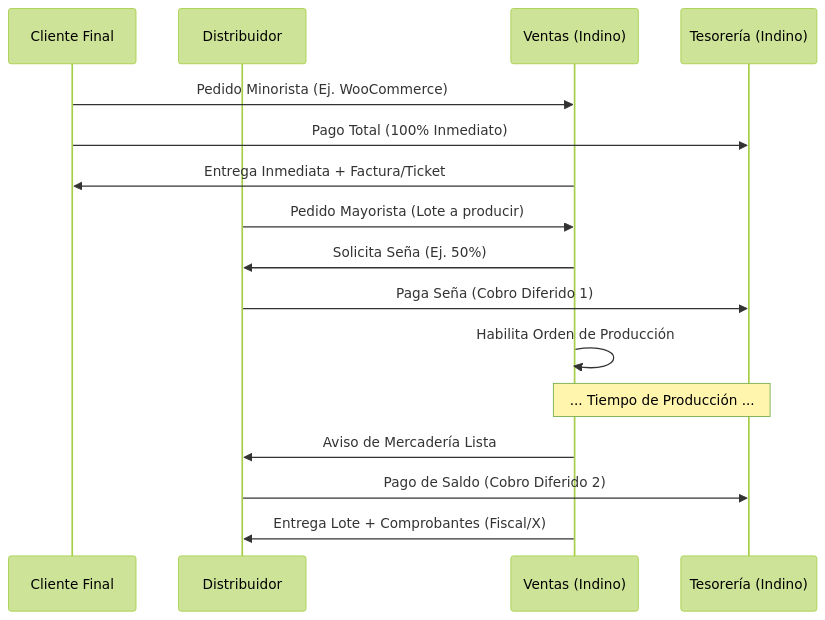
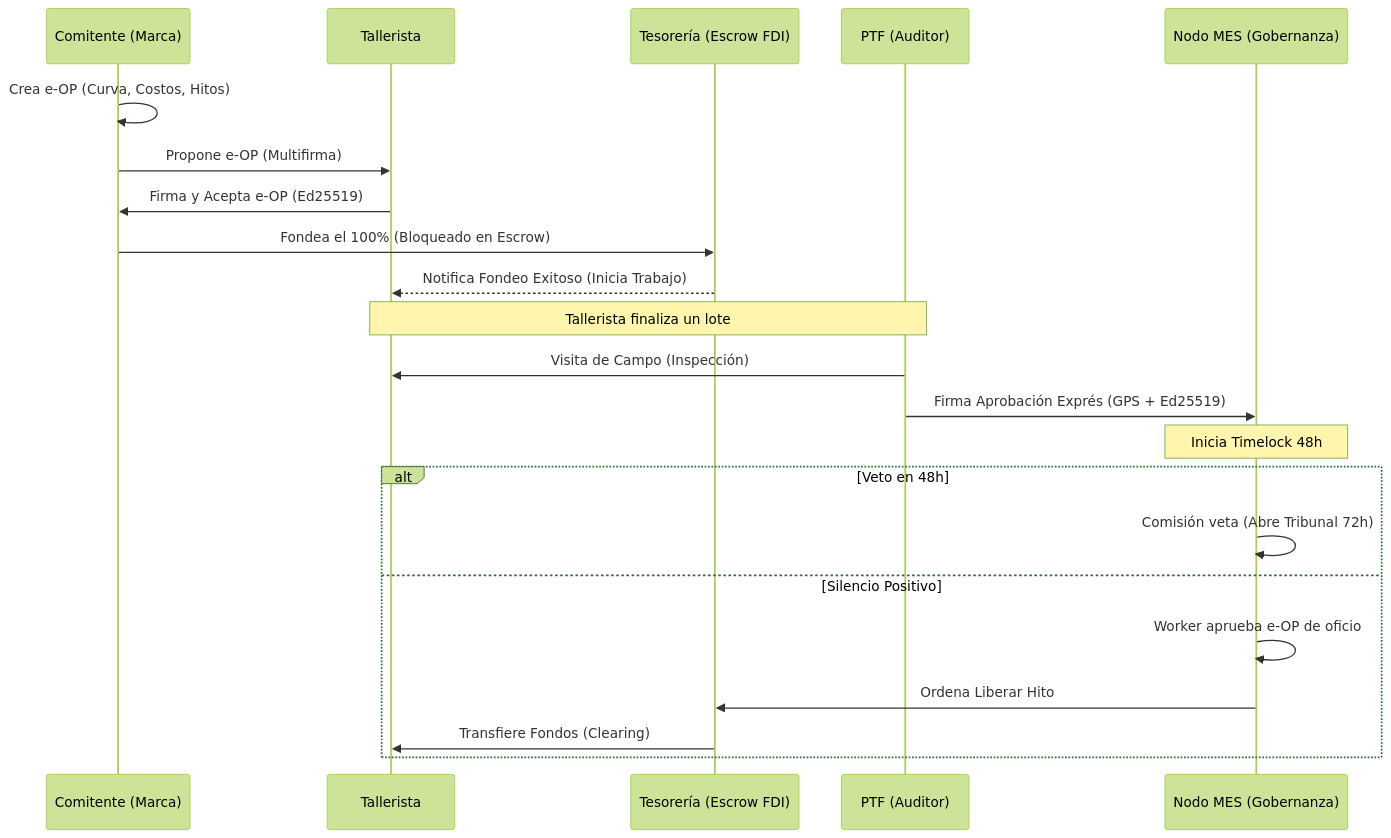
The first of 3 diagrams in docs/flujos_documentales_indino.md (sarthouse/indinopy), drawn with Mermaid (forest theme) before and after one commit. The commit also changed other lines of this file and 20 other files, not shown here.

````diff
--- a/docs/flujos_documentales_indino.md
+++ b/docs/flujos_documentales_indino.md
@@ -33,22 +36,27 @@
 ```mermaid
 sequenceDiagram
-    participant CF as Cliente Final
-    participant CD as Distribuidor
-    participant V as Ventas (Indino)
-    participant T as Tesorería (Indino)
+    participant C as Comitente (Marca)
+    participant T as Tallerista
+    participant E as Tesorería (Escrow FDI)
+    participant P as PTF (Auditor)
+    participant M as Nodo MES (Gobernanza)
 
-    %% Flujo Cliente Final
-    CF->>V: Pedido Minorista (Ej. WooCommerce)
-    CF->>T: Pago Total (100% Inmediato)
-    V->>CF: Entrega Inmediata + Factura/Ticket
-
-    %% Flujo Distribuidor
-    CD->>V: Pedido Mayorista (Lote a producir)
-    V->>CD: Solicita Seña (Ej. 50%)
-    CD->>T: Paga Seña (Cobro Diferido 1)
-    V->>V: Habilita Orden de Producción
-    Note over V,T: ... Tiempo de Producción ...
-    V->>CD: Aviso de Mercadería Lista
-    CD->>T: Pago de Saldo (Cobro Diferido 2)
-    V->>CD: Entrega Lote + Comprobantes (Fiscal/X)
+    C->>C: Crea e-OP (Curva, Costos, Hitos)
+    C->>T: Propone e-OP (Multifirma)
+    T->>C: Firma y Acepta e-OP (Ed25519)
+    C->>E: Fondea el 100% (Bloqueado en Escrow)
+    E-->>T: Notifica Fondeo Exitoso (Inicia Trabajo)
+    
+    Note over T,P: Tallerista finaliza un lote
+    P->>T: Visita de Campo (Inspección)
+    P->>M: Firma Aprobación Exprés (GPS + Ed25519)
+    
+    Note over M: Inicia Timelock 48h
+    alt Veto en 48h
+        M->>M: Comisión veta (Abre Tribunal 72h)
+    else Silencio Positivo
+        M->>M: Worker aprueba e-OP de oficio
+        M->>E: Ordena Liberar Hito
+        E->>T: Transfiere Fondos (Clearing)
+    end
 ```
````
